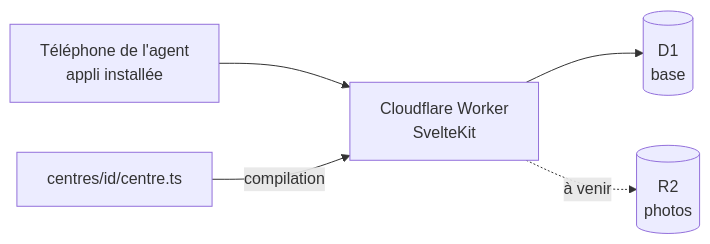
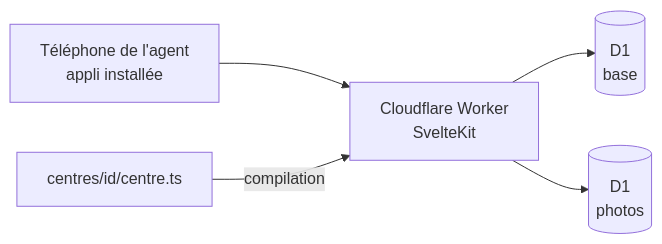
Before and after one commit to cislaille35/gyro-caserne: the diagram in docs/technique/README.md, drawn with Mermaid. The commit also changed other lines of this file and 61 other files, not shown here.

````diff
--- a/docs/technique/README.md
+++ b/docs/technique/README.md
@@ -5,7 +5,7 @@
 ```mermaid
 flowchart LR
   tel[Téléphone de l'agent<br>appli installée] --> worker[Cloudflare Worker<br>SvelteKit]
   worker --> d1[(D1<br>base)]
-  worker -. à venir .-> r2[(R2<br>photos)]
+  worker --> photos[(D1<br>photos)]
   centre[centres/id/centre.ts] -- compilation --> worker
 ```
````
